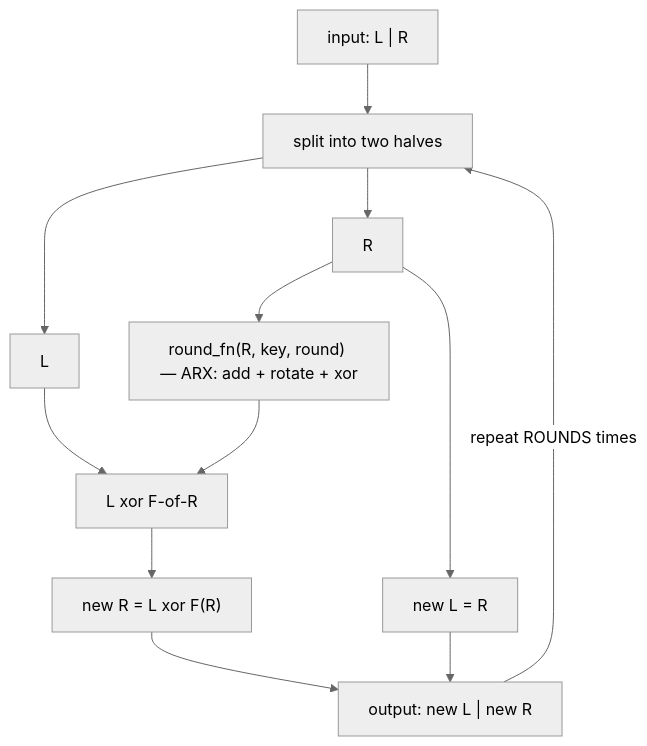
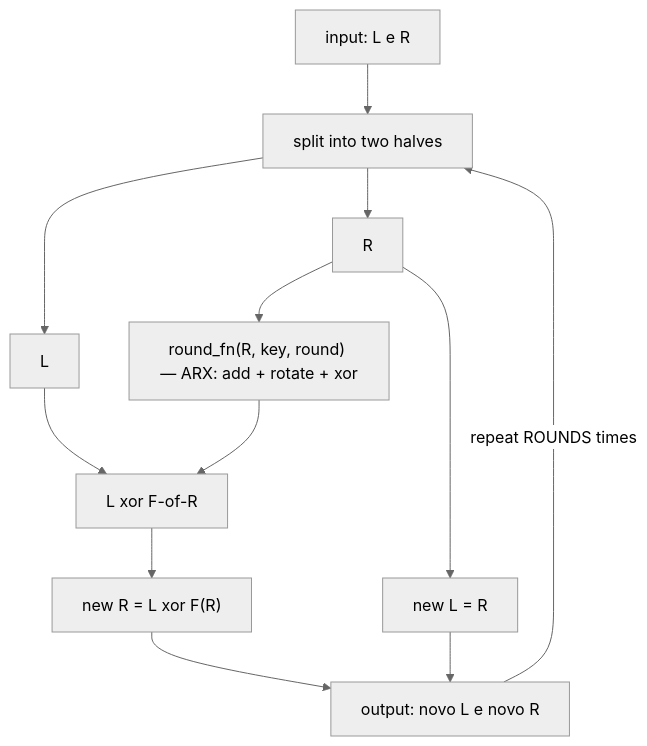
Before and after one commit to lucasolopes/quark: the fourth of 4 diagrams in docs/ARCHITECTURE.md, drawn with Mermaid (neutral theme).

Commit message:
fix(docs): remove pipe de labels de nó Mermaid (renderização GitHub)
Replace literal pipes | inside Feistel-round node labels with 'e' (Portuguese
"and") to fix GitHub Mermaid rendering, which interprets | as edge-label syntax.

````diff
--- a/docs/ARCHITECTURE.md
+++ b/docs/ARCHITECTURE.md
@@ -83,14 +83,14 @@
 ```mermaid
 flowchart TB
-    In["input: L | R"] --> Split[split into two halves]
+    In["input: L e R"] --> Split[split into two halves]
     Split --> L0[L]
     Split --> R0[R]
     R0 --> F["round_fn(R, key, round) — ARX: add + rotate + xor"]
     L0 --> XOR[L xor F-of-R]
     F --> XOR
     XOR --> NewR["new R = L xor F(R)"]
     R0 --> NewL["new L = R"]
-    NewL --> Out["output: new L | new R"]
+    NewL --> Out["output: novo L e novo R"]
     NewR --> Out
     Out -->|repeat ROUNDS times| Split
 ```
````
